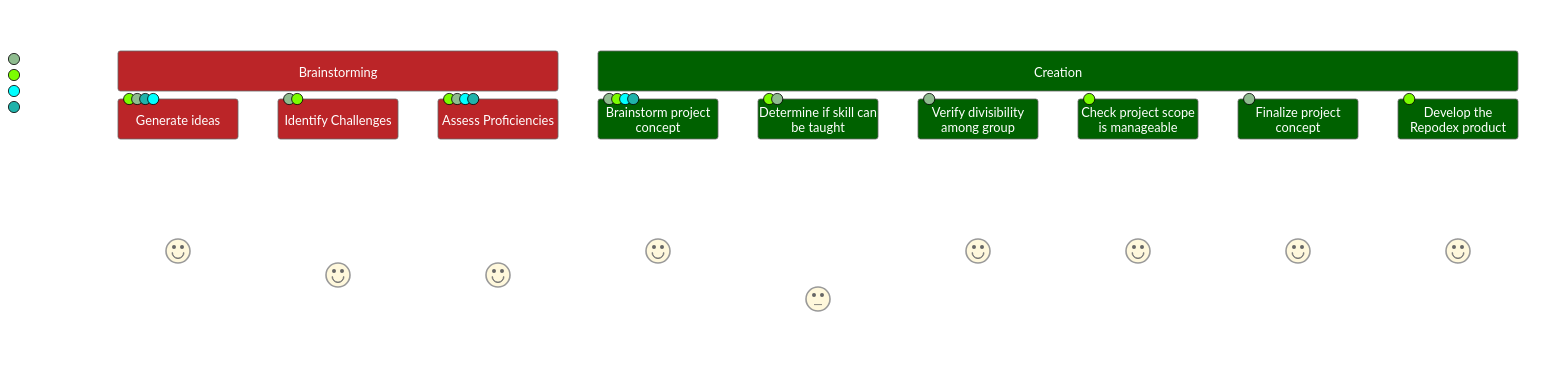
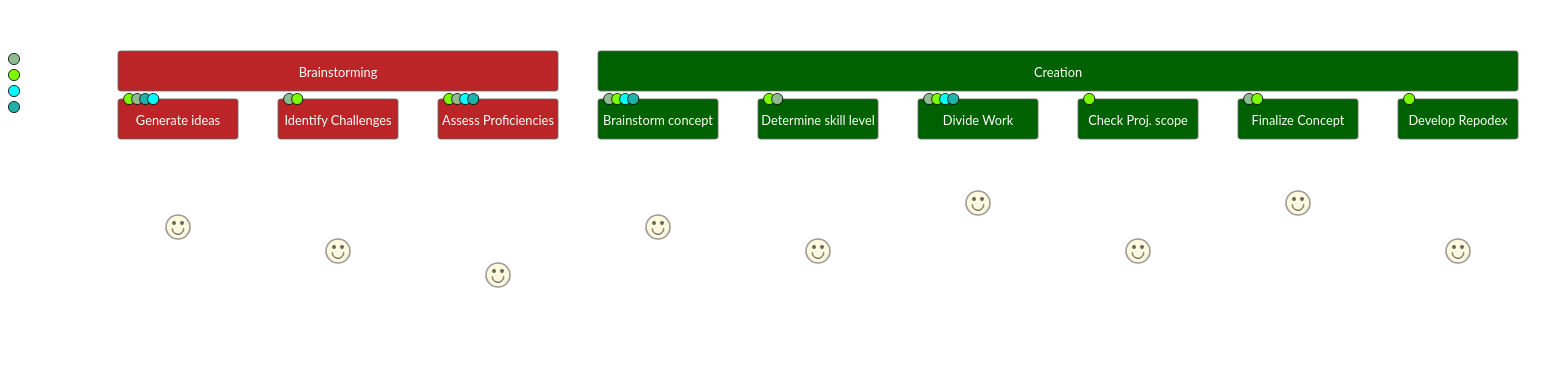
One commit to ConnorBP/pokemon-git-tracker changed the second of 3 diagrams in RepodexSynopsis.md. Above: the diagram before and after it, drawn with Mermaid. The commit also changed other lines of this file and 2 other files, not shown here.

````diff
--- a/RepodexSynopsis.md
+++ b/RepodexSynopsis.md
@@ -72,28 +78,28 @@
 ```mermaid
 %%{
   init: {
     'theme': 'base',
     'themeVariables': {
       'primaryColor': '#BB2528',
       'primaryTextColor': '#fff',
       'primaryBorderColor': '#7C0000',
       'lineColor': '#F8B229',
       'secondaryColor': '#006100',
       'tertiaryColor': '#fff'
     }
   }
 }%%
 journey
     title Project Development Journey
     section Brainstorming
-      Generate ideas: 5: Connor, Carlos, Saaram, Peggy
-      Identify Challenges: 4: Carlos, Connor
+      Generate ideas: 6: Connor, Carlos, Saaram, Peggy
+      Identify Challenges: 5: Carlos, Connor
       Assess Proficiencies: 4: Connor, Carlos, Peggy, Saaram
     section Creation
-      Brainstorm project concept: 5: Carlos, Connor, Peggy, Saaram
-      Determine if skill can be taught: 3: Connor, Carlos
-      Verify divisibility among group: 5: Carlos
-      Check project scope is manageable: 5: Connor
-      Finalize project concept: 5: Carlos
-      Develop the Repodex product: 5: Connor
+      Brainstorm concept: 6: Carlos, Connor, Peggy, Saaram
+      Determine skill level: 5: Connor, Carlos
+      Divide Work: 7: Carlos, Connor, Peggy, Saaram
+      Check Proj. scope: 5: Connor
+      Finalize Concept: 7: Carlos, Connor
+      Develop Repodex: 5: Connor
 ```
````
